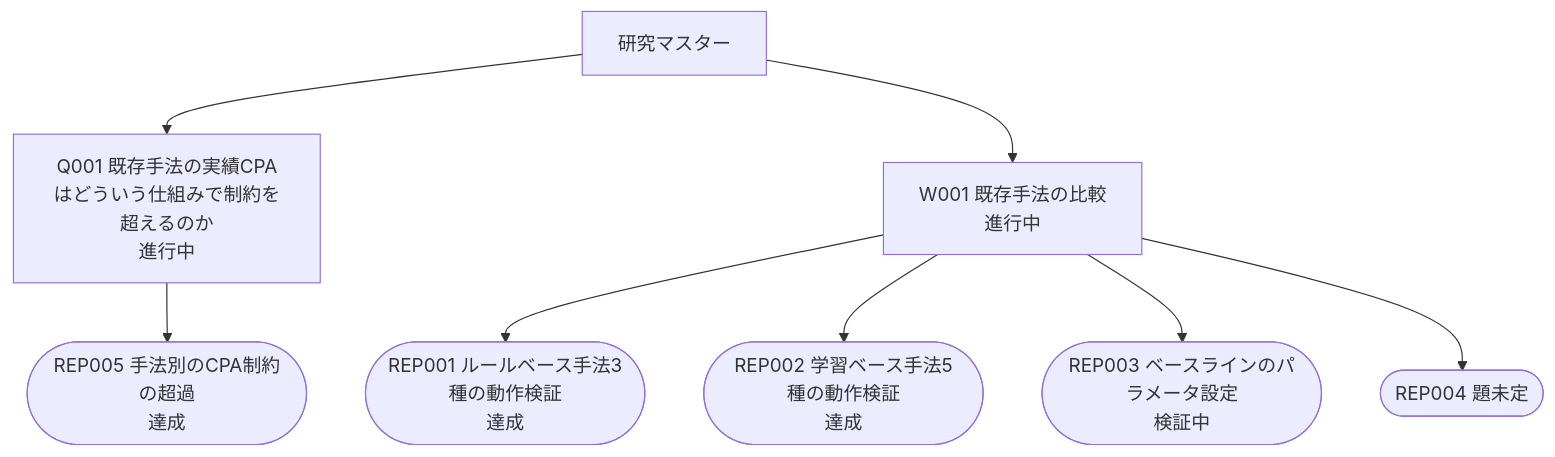
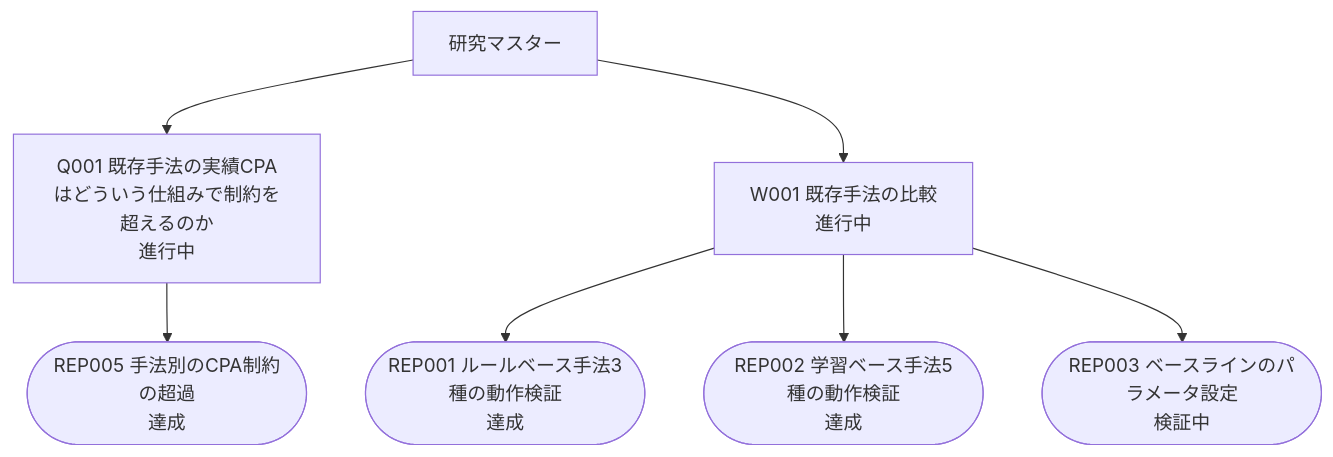
The diagram in research/flow.md (yayoten/AuctionNet), drawn with Mermaid before and after one commit. The commit also changed other lines of this file and 3 other files, not shown here.

````diff
--- a/research/flow.md
+++ b/research/flow.md
@@ -24,18 +23,16 @@
 ```mermaid
 graph TD
   ROOT[研究マスター]
   Q001["Q001 既存手法の実績CPAはどういう仕組みで制約を超えるのか<br/>進行中"]
   ROOT --> Q001
   REP005(["REP005 手法別のCPA制約の超過<br/>達成"])
   Q001 --> REP005
   W001["W001 既存手法の比較<br/>進行中"]
   ROOT --> W001
   REP001(["REP001 ルールベース手法3種の動作検証<br/>達成"])
   W001 --> REP001
   REP002(["REP002 学習ベース手法5種の動作検証<br/>達成"])
   W001 --> REP002
   REP003(["REP003 ベースラインのパラメータ設定<br/>検証中"])
   W001 --> REP003
-  REP004(["REP004 題未定"])
-  W001 --> REP004
 ```
````
